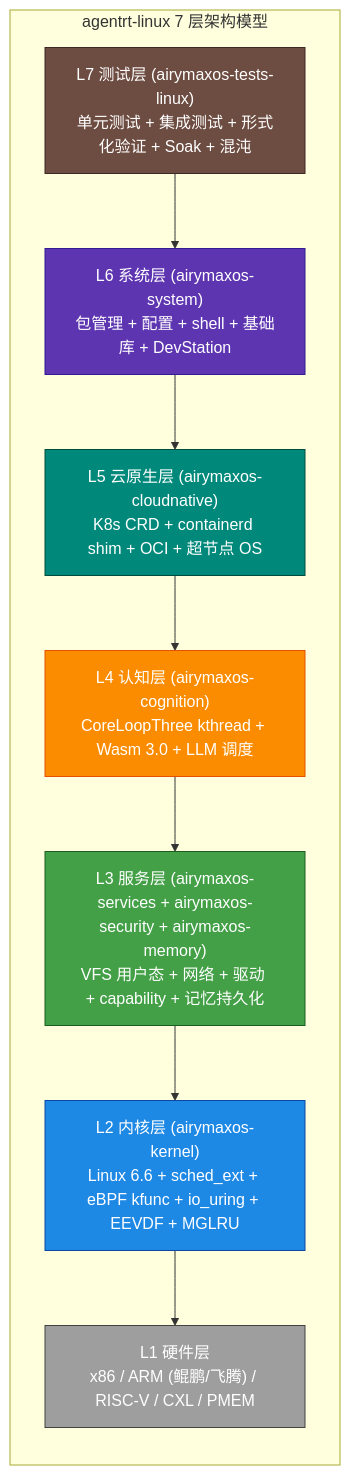
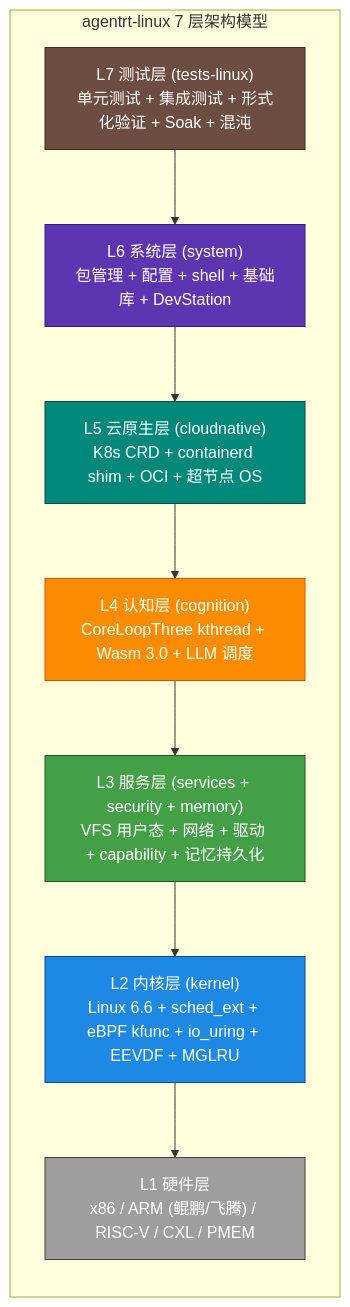
Before and after one commit to SpharxTeam/Docs: the second of 2 diagrams in AirymaxOS/10-architecture/README.md, drawn with Mermaid. The commit also changed other lines of this file and 217 other files, not shown here.

````diff
--- a/AirymaxOS/10-architecture/README.md
+++ b/AirymaxOS/10-architecture/README.md
@@ -121,36 +121,36 @@
 ```mermaid
 graph TB
     subgraph "agentrt-linux 7 层架构模型"
         direction TB
-        L7["L7 测试层 (airymaxos-tests-linux)<br/>单元测试 + 集成测试 + 形式化验证 + Soak + 混沌"]
-        L6["L6 系统层 (airymaxos-system)<br/>包管理 + 配置 + shell + 基础库 + DevStation"]
-        L5["L5 云原生层 (airymaxos-cloudnative)<br/>K8s CRD + containerd shim + OCI + 超节点 OS"]
-        L4["L4 认知层 (airymaxos-cognition)<br/>CoreLoopThree kthread + Wasm 3.0 + LLM 调度"]
-        L3["L3 服务层 (airymaxos-services + airymaxos-security + airymaxos-memory)<br/>VFS 用户态 + 网络 + 驱动 + capability + 记忆持久化"]
-        L2["L2 内核层 (airymaxos-kernel)<br/>Linux 6.6 + sched_ext + eBPF kfunc + io_uring + EEVDF + MGLRU"]
+        L7["L7 测试层 (tests-linux)<br/>单元测试 + 集成测试 + 形式化验证 + Soak + 混沌"]
+        L6["L6 系统层 (system)<br/>包管理 + 配置 + shell + 基础库 + DevStation"]
+        L5["L5 云原生层 (cloudnative)<br/>K8s CRD + containerd shim + OCI + 超节点 OS"]
+        L4["L4 认知层 (cognition)<br/>CoreLoopThree kthread + Wasm 3.0 + LLM 调度"]
+        L3["L3 服务层 (services + security + memory)<br/>VFS 用户态 + 网络 + 驱动 + capability + 记忆持久化"]
+        L2["L2 内核层 (kernel)<br/>Linux 6.6 + sched_ext + eBPF kfunc + io_uring + EEVDF + MGLRU"]
         L1["L1 硬件层<br/>x86 / ARM (鲲鹏/飞腾) / RISC-V / CXL / PMEM"]
 
         L7 --> L6
         L6 --> L5
         L5 --> L4
         L4 --> L3
         L3 --> L2
         L2 --> L1
     end
 
     classDef l1Style fill:#9e9e9e,stroke:#424242,color:#ffffff
     classDef l2Style fill:#1e88e5,stroke:#0d47a1,color:#ffffff
     classDef l3Style fill:#43a047,stroke:#1b5e20,color:#ffffff
     classDef l4Style fill:#fb8c00,stroke:#e65100,color:#ffffff
     classDef l5Style fill:#00897b,stroke:#004d40,color:#ffffff
     classDef l6Style fill:#5e35b1,stroke:#311b92,color:#ffffff
     classDef l7Style fill:#6d4c41,stroke:#3e2723,color:#ffffff
 
     class L1 l1Style
     class L2 l2Style
     class L3 l3Style
     class L4 l4Style
     class L5 l5Style
     class L6 l6Style
     class L7 l7Style
 ```
````
